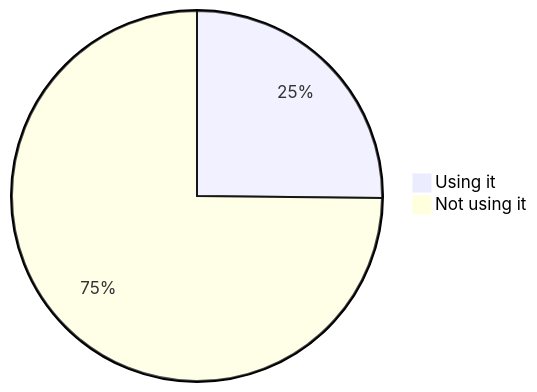
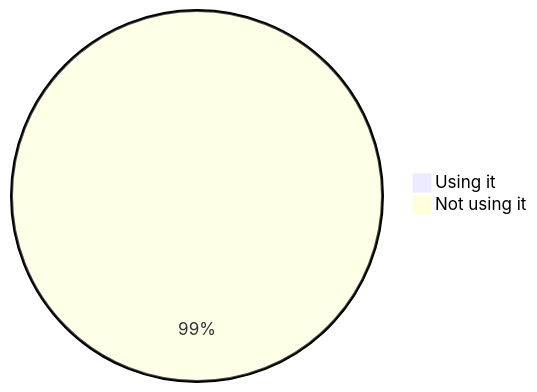
The ninth of 22 diagrams in stats.md (oshp/oshp-stats), drawn with Mermaid before and after one commit. The commit also changed other lines of this file, not shown here.

````diff
--- a/stats.md
+++ b/stats.md
@@ -106,6 +106,6 @@
 ```mermaid
 pie
-	"Using it" : 25.18
-	"Not using it" : 74.82
+	"Using it" : 0.9
+	"Not using it" : 99.1
 
 ```
````
